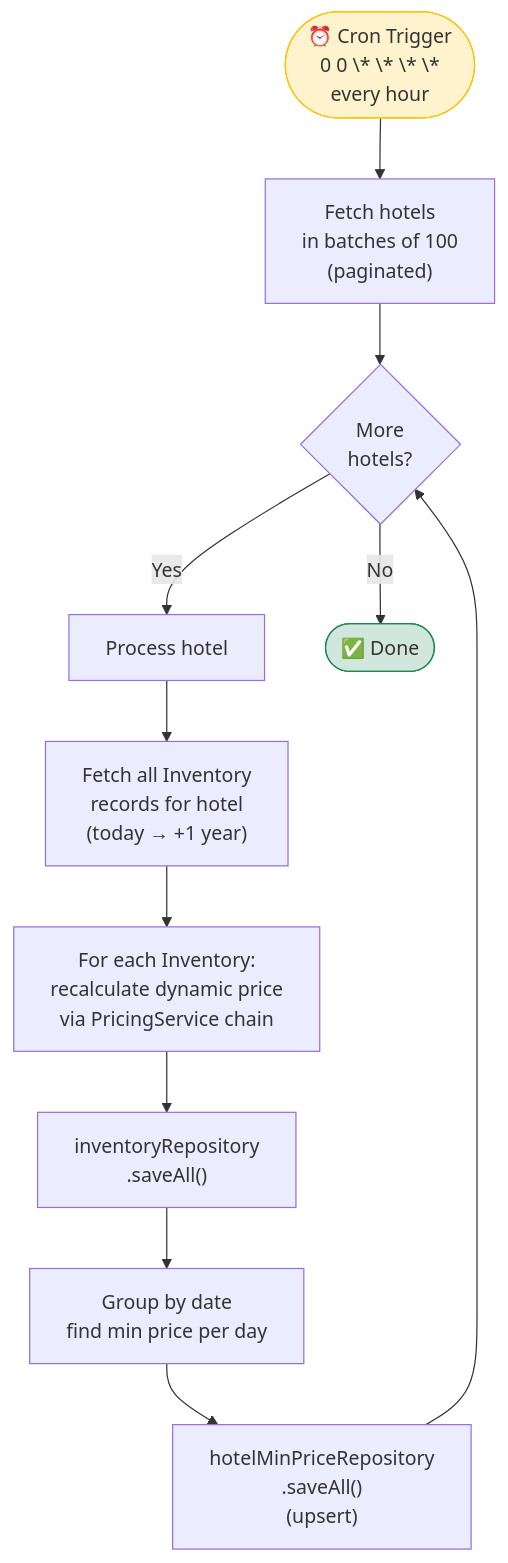
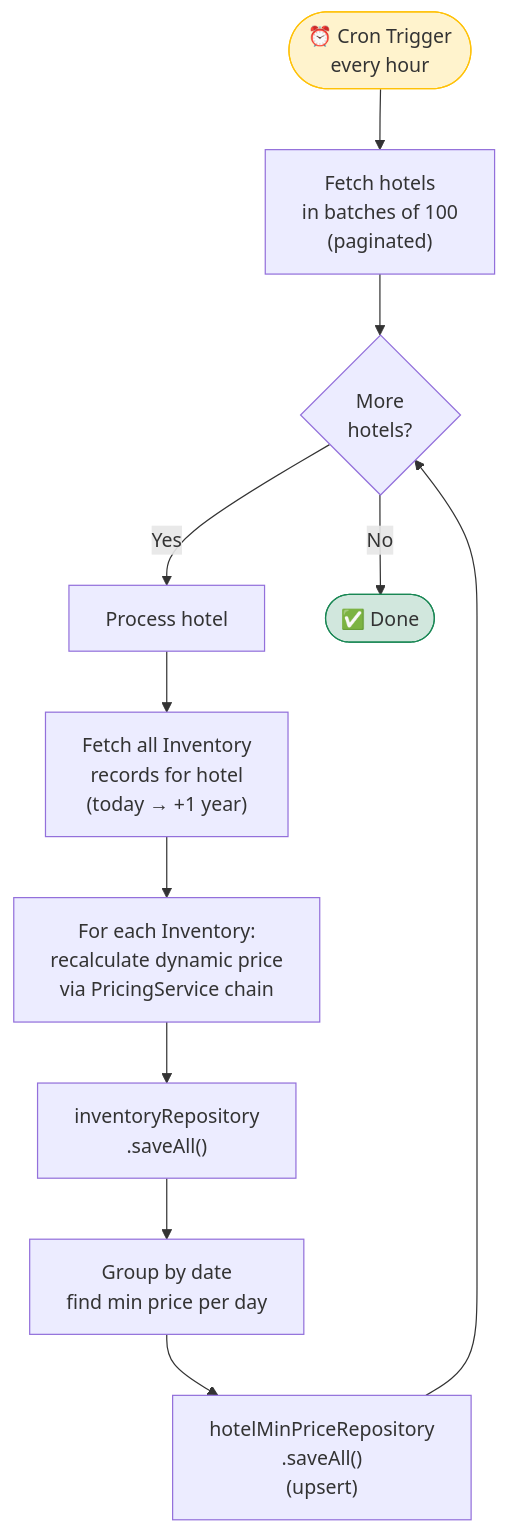
Before and after one commit to Adnan-Umar/airBnb-clone: diagram 11 of 13 in README.md, drawn with Mermaid. The commit also changed other lines of this file, not shown here.

Commit message:
fix: replace mindmap with flowchart, fix Mermaid syntax errors

````diff
--- a/README.md
+++ b/README.md
@@ -829,20 +846,20 @@
 ```mermaid
 flowchart TD
-    CRON(["⏰ Cron Trigger\n0 0 \* \* \* \*\nevery hour"])
+    CRON(["⏰ Cron Trigger\nevery hour"])
 
     CRON --> FETCH["Fetch hotels\nin batches of 100\n(paginated)"]
     FETCH --> LOOP{"More\nhotels?"}
 
     LOOP -- Yes --> HOTEL["Process hotel"]
     LOOP -- No --> DONE(["✅ Done"])
 
     HOTEL --> INV["Fetch all Inventory\nrecords for hotel\n(today → +1 year)"]
     INV --> PRICE["For each Inventory:\nrecalculate dynamic price\nvia PricingService chain"]
     PRICE --> SAVEINV["inventoryRepository\n.saveAll()"]
     SAVEINV --> GROUP["Group by date\nfind min price per day"]
     GROUP --> SAVEMIN["hotelMinPriceRepository\n.saveAll()\n(upsert)"]
     SAVEMIN --> LOOP
 
     style CRON fill:#fff3cd,stroke:#ffc107
     style DONE fill:#d1e7dd,stroke:#198754
 ```
````
